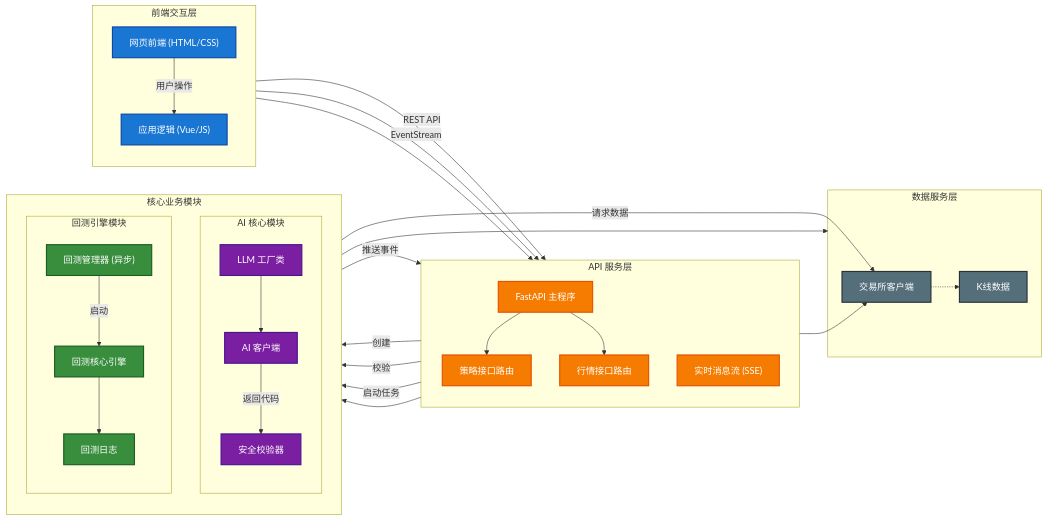
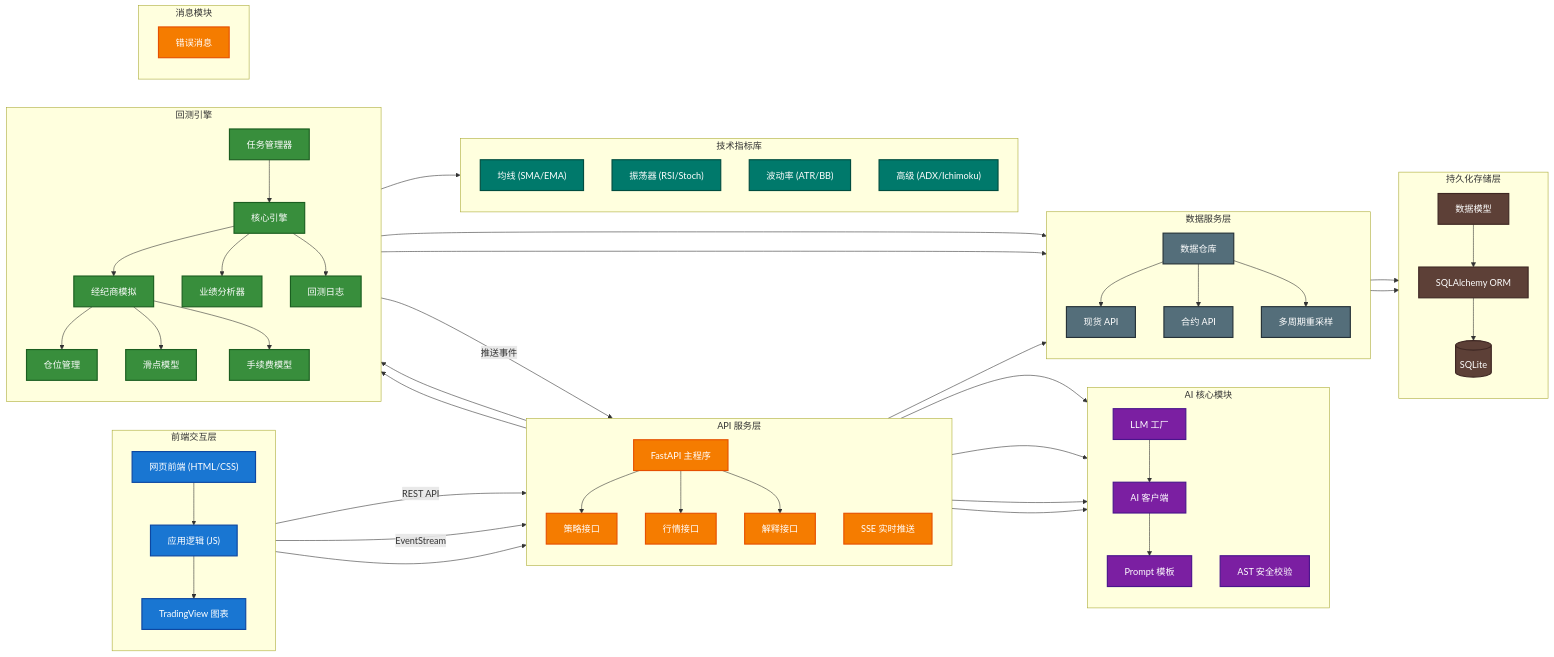
Before and after one commit to ivecoGolden/PyQuantAlpha: the first of 5 diagrams in docs/ARCHITECTURE_DIAGRAM.md, drawn with Mermaid. The commit also changed other lines of this file and 24 other files, not shown here.

Commit message:
feat: Implement advanced backtest configuration and refine sentiment data fetching logic.

````diff
--- a/docs/ARCHITECTURE_DIAGRAM.md
+++ b/docs/ARCHITECTURE_DIAGRAM.md
@@ -7,83 +9,126 @@
 ```mermaid
 graph LR
-    %% 样式定义 - 使用高对比度颜色搭配白色文字
+    %% 样式定义
     classDef front fill:#1976D2,stroke:#0D47A1,stroke-width:2px,color:white;
     classDef api fill:#F57C00,stroke:#E65100,stroke-width:2px,color:white;
     classDef ai fill:#7B1FA2,stroke:#4A148C,stroke-width:2px,color:white;
     classDef backtest fill:#388E3C,stroke:#1B5E20,stroke-width:2px,color:white;
     classDef data fill:#546E7A,stroke:#263238,stroke-width:2px,color:white;
+    classDef storage fill:#5D4037,stroke:#3E2723,stroke-width:2px,color:white;
+    classDef indicator fill:#00796B,stroke:#004D40,stroke-width:2px,color:white;
 
-    %% 前端层 (左侧入口)
-    subgraph Frontend [前端交互层]
+    %% 前端层
+    subgraph Frontend ["前端交互层"]
         direction TB
         UI["网页前端 (HTML/CSS)"]:::front
-        JS["应用逻辑 (Vue/JS)"]:::front
-        UI -->|用户操作| JS
+        JS["应用逻辑 (JS)"]:::front
+        Chart["TradingView 图表"]:::front
+        UI --> JS
+        JS --> Chart
     end
 
-    %% API 层 (中间网关)
-    subgraph API [API 服务层]
+    %% API 层
+    subgraph API ["API 服务层"]
         direction TB
         FastAPI["FastAPI 主程序"]:::api
-        Route_Strat["策略接口路由"]:::api
-        Route_Klines["行情接口路由"]:::api
-        SSE["实时消息流 (SSE)"]:::api
-        
+        Route_Strat["策略接口"]:::api
+        Route_Klines["行情接口"]:::api
+        Route_Explain["解释接口"]:::api
+        SSE["SSE 实时推送"]:::api
         FastAPI --> Route_Strat
         FastAPI --> Route_Klines
+        FastAPI --> Route_Explain
     end
 
-    %% 核心业务模块 (右侧并行)
-    subgraph Core [核心业务模块]
+    %% AI 核心
+    subgraph AICore ["AI 核心模块"]
         direction TB
-        
-        %% AI 核心
-        subgraph AICore [AI 核心模块]
-            direction TB
-            Factory["LLM 工厂类"]:::ai
-            Client["AI 客户端"]:::ai
-            Validator["安全校验器"]:::ai
-            
-            Factory -->Client
-        end
-
-        %% 回测引擎
-        subgraph Backtest [回测引擎模块]
-            direction TB
-            Manager["回测管理器 (异步)"]:::backtest
-            Engine["回测核心引擎"]:::backtest
-            Logger["回测日志"]:::backtest
-            
-            Manager -->|启动| Engine
-            Engine --> Logger
-        end
+        Factory["LLM 工厂"]:::ai
+        Client["AI 客户端"]:::ai
+        Validator["AST 安全校验"]:::ai
+        Prompt["Prompt 模板"]:::ai
+        Factory --> Client
+        Client --> Prompt
     end
 
-    %% 数据层 (底层支撑)
-    subgraph Data [数据服务层]
-        Binance["交易所客户端"]:::data
-        Bar["K线数据"]:::data
-        Binance -.-> Bar
+    %% 回测引擎
+    subgraph Backtest ["回测引擎"]
+        direction TB
+        Manager["任务管理器"]:::backtest
+        Engine["核心引擎"]:::backtest
+        Broker["经纪商模拟"]:::backtest
+        Sizer["仓位管理"]:::backtest
+        Slippage["滑点模型"]:::backtest
+        Commission["手续费模型"]:::backtest
+        Analyzer["业绩分析器"]:::backtest
+        Logger["回测日志"]:::backtest
+        
+        Manager --> Engine
+        Engine --> Broker
+        Broker --> Sizer
+        Broker --> Slippage
+        Broker --> Commission
+        Engine --> Analyzer
+        Engine --> Logger
+    end
+
+    %% 技术指标
+    subgraph Indicators ["技术指标库"]
+        direction TB
+        MA["均线 (SMA/EMA)"]:::indicator
+        OSC["振荡器 (RSI/Stoch)"]:::indicator
+        VOL["波动率 (ATR/BB)"]:::indicator
+        ADV["高级 (ADX/Ichimoku)"]:::indicator
+    end
+
+    %% 数据服务层
+    subgraph Data ["数据服务层"]
+        direction TB
+        Repo["数据仓库"]:::data
+        BinanceSpot["现货 API"]:::data
+        BinanceFutures["合约 API"]:::data
+        Resampler["多周期重采样"]:::data
+        
+        Repo --> BinanceSpot
+        Repo --> BinanceFutures
+        Repo --> Resampler
+    end
+
+    %% 存储层
+    subgraph Storage ["持久化存储层"]
+        direction TB
+        SQLite[("SQLite")]:::storage
+        ORM["SQLAlchemy ORM"]:::storage
+        Models["数据模型"]:::storage
+        ORM --> SQLite
+        Models --> ORM
+    end
+
+    %% 消息模块
+    subgraph Messages ["消息模块"]
+        ErrorMsg["错误消息"]:::api
     end
 
     %% 跨层连接
     JS -->|REST API| FastAPI
     JS -->|EventStream| SSE
 
-    %% 路由分发
-    Route_Strat -->|创建| Factory
-    Route_Strat -->|校验| Validator
-    Route_Strat -->|启动任务| Manager
-    
-    Route_Klines --> Binance
-    
-    %% 流程连接
-    Client -->|返回代码| Validator
+    Route_Strat --> Factory
+    Route_Strat --> Validator
+    Route_Strat --> Manager
+    Route_Explain --> Client
+    Route_Klines --> Repo
+
+    Engine --> Indicators
+    Engine --> Repo
+    Repo --> ORM
+
     Manager -->|推送事件| SSE
-    Engine -->|请求数据| Binance
 
-    %% 布局调整
+    %% 布局
     Frontend --> API
-    API --> Core
-    Core --> Data
+    API --> AICore
+    API --> Backtest
+    Backtest --> Data
+    Data --> Storage
 ```
````
